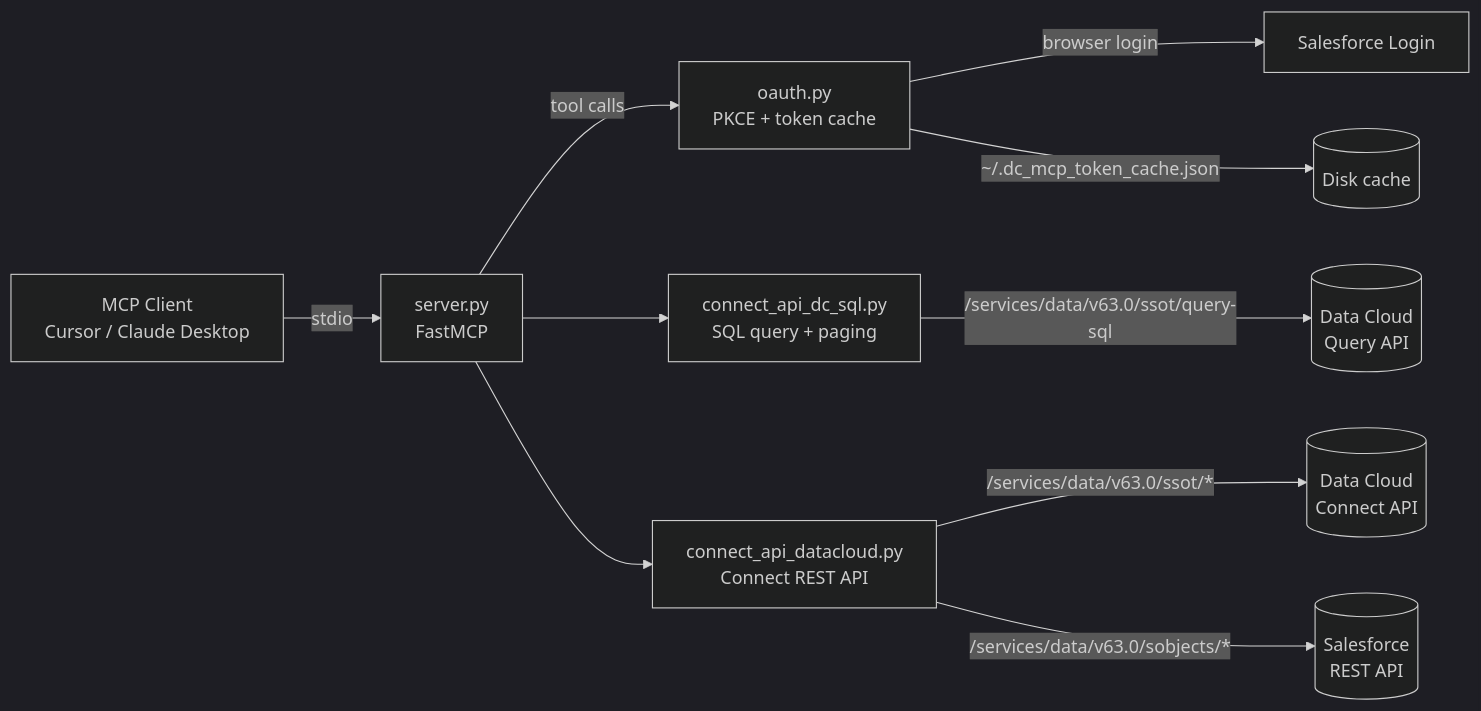
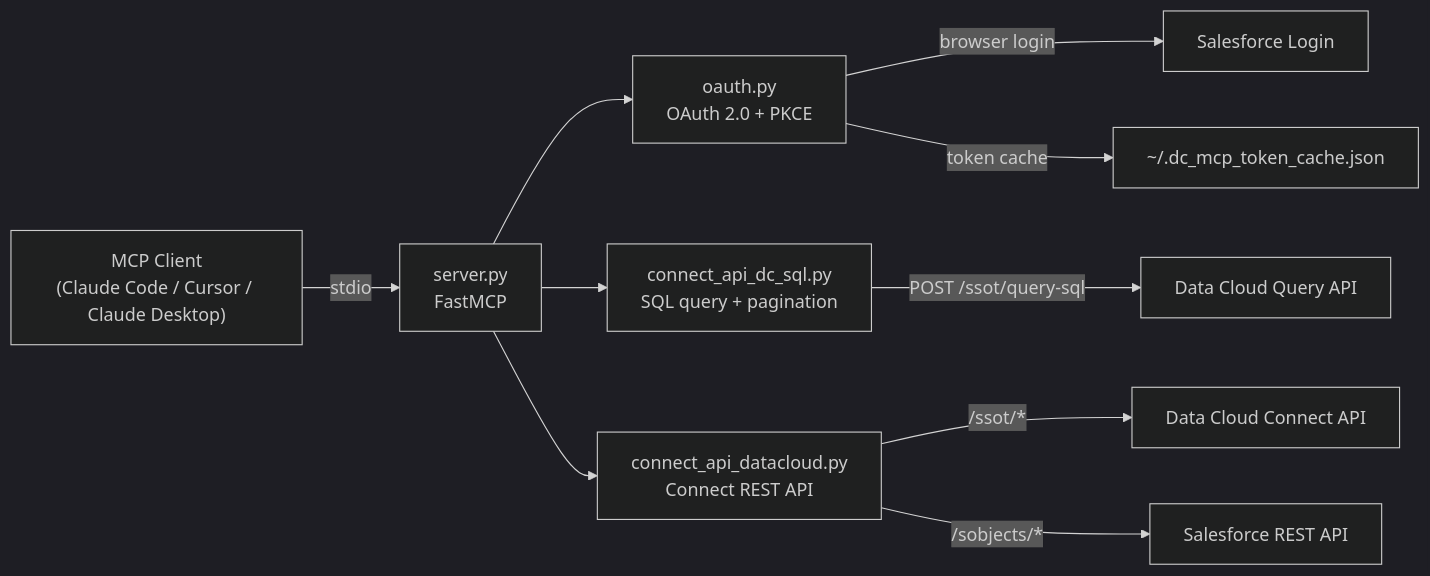
The diagram in README.md (rishiganesh25/data360-mcp), drawn with Mermaid (dark theme) before and after one commit. The commit also changed other lines of this file and 4 other files, not shown here.

````diff
--- a/README.md
+++ b/README.md
@@ -195,12 +423,12 @@
 ```mermaid
 flowchart LR
-    Client["MCP Client<br/>Cursor / Claude Desktop"] -->|"stdio"| Server["server.py<br/>FastMCP"]
-    Server -->|tool calls| OAuth["oauth.py<br/>PKCE + token cache"]
-    Server --> SQL["connect_api_dc_sql.py<br/>SQL query + paging"]
+    Client["MCP Client<br/>(Claude Code / Cursor / Claude Desktop)"] -->|stdio| Server["server.py<br/>FastMCP"]
+    Server --> OAuth["oauth.py<br/>OAuth 2.0 + PKCE"]
+    Server --> SQL["connect_api_dc_sql.py<br/>SQL query + pagination"]
     Server --> DC["connect_api_datacloud.py<br/>Connect REST API"]
-    OAuth -->|browser login| SFLogin["Salesforce Login"]
-    OAuth -->|"~/.dc_mcp_token_cache.json"| Disk[(Disk cache)]
-    SQL -->|"/services/data/v63.0/ssot/query-sql"| DCAPI[("Data Cloud<br/>Query API")]
-    DC -->|"/services/data/v63.0/ssot/*"| ConnectAPI[("Data Cloud<br/>Connect API")]
-    DC -->|"/services/data/v63.0/sobjects/*"| RestAPI[("Salesforce<br/>REST API")]
+    OAuth -->|browser login| SF["Salesforce Login"]
+    OAuth -->|token cache| Disk["~/.dc_mcp_token_cache.json"]
+    SQL -->|POST /ssot/query-sql| DCAPI["Data Cloud Query API"]
+    DC -->|/ssot/*| ConnectAPI["Data Cloud Connect API"]
+    DC -->|/sobjects/*| RestAPI["Salesforce REST API"]
 ```
````
